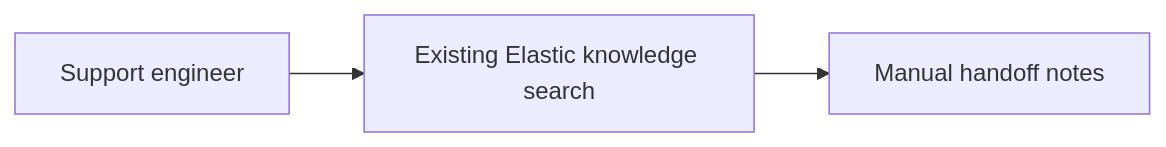
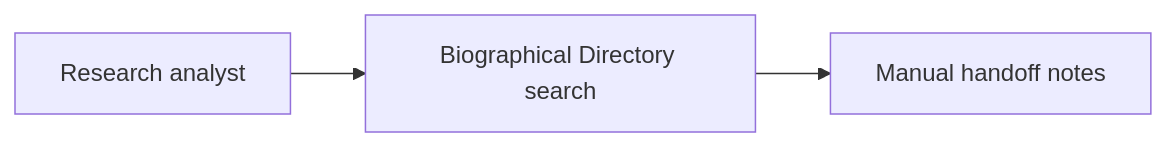
Before and after one commit to matthecarl/FedFlow: the first of 2 diagrams in docs/assessment.md, drawn with Mermaid. The commit also changed other lines of this file and 15 other files, not shown here.

````diff
--- a/docs/assessment.md
+++ b/docs/assessment.md
@@ -7,5 +7,5 @@
 ```mermaid
 flowchart LR
-  Caller[Support engineer] --> Search[Existing Elastic knowledge search]
+  Caller[Research analyst] --> Search[Biographical Directory search]
   Search --> Notes[Manual handoff notes]
 ```
````
